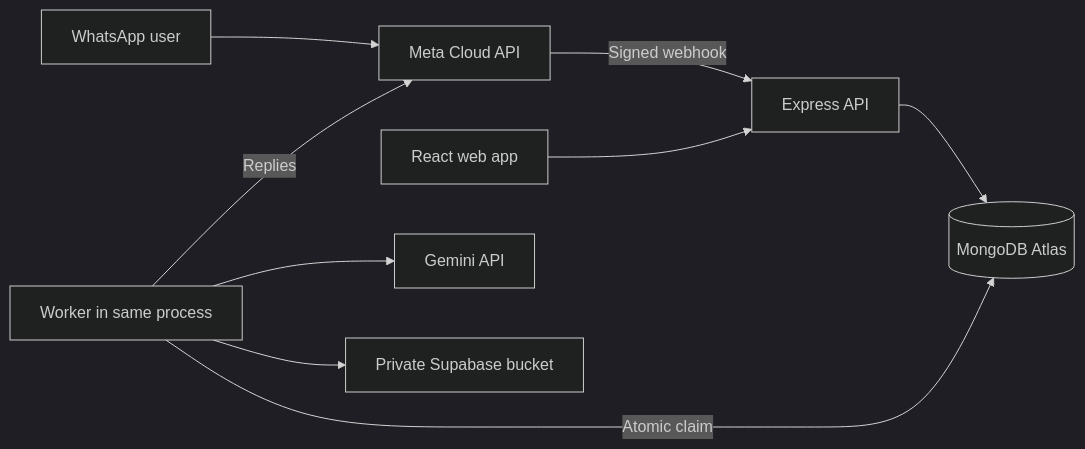
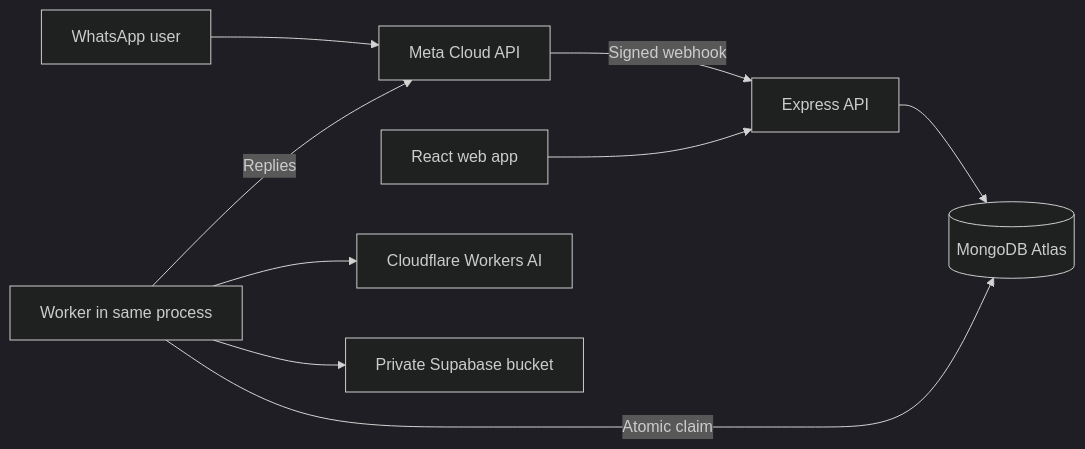
Before and after one commit to Anisha-0505007/Engram: the diagram in README.md, drawn with Mermaid (dark theme). The commit also changed other lines of this file and 87 other files, not shown here.

````diff
--- a/README.md
+++ b/README.md
@@ -29,11 +33,11 @@
 ```mermaid
 flowchart LR
   WA[WhatsApp user] --> Meta[Meta Cloud API]
   Meta -->|Signed webhook| API[Express API]
   Web[React web app] --> API
   API --> DB[(MongoDB Atlas)]
   Worker[Worker in same process] -->|Atomic claim| DB
-  Worker --> Gemini[Gemini API]
+  Worker --> AI[Cloudflare Workers AI]
   Worker --> Storage[Private Supabase bucket]
   Worker -->|Replies| Meta
 ```
````
